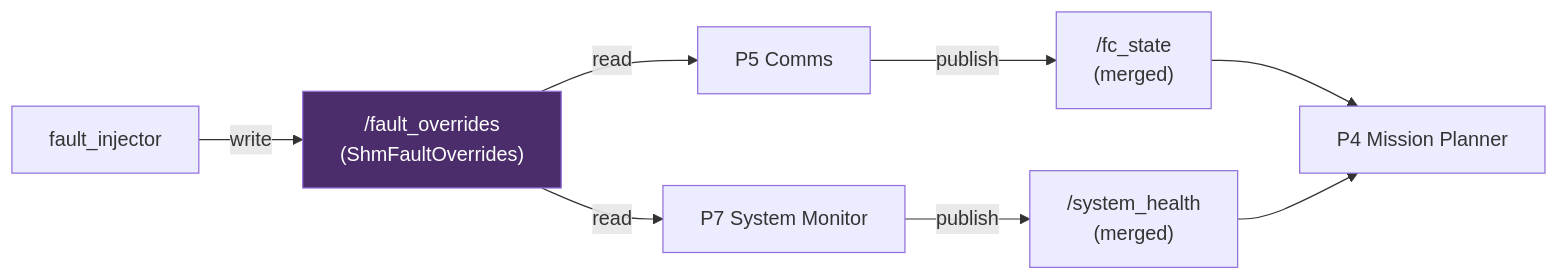
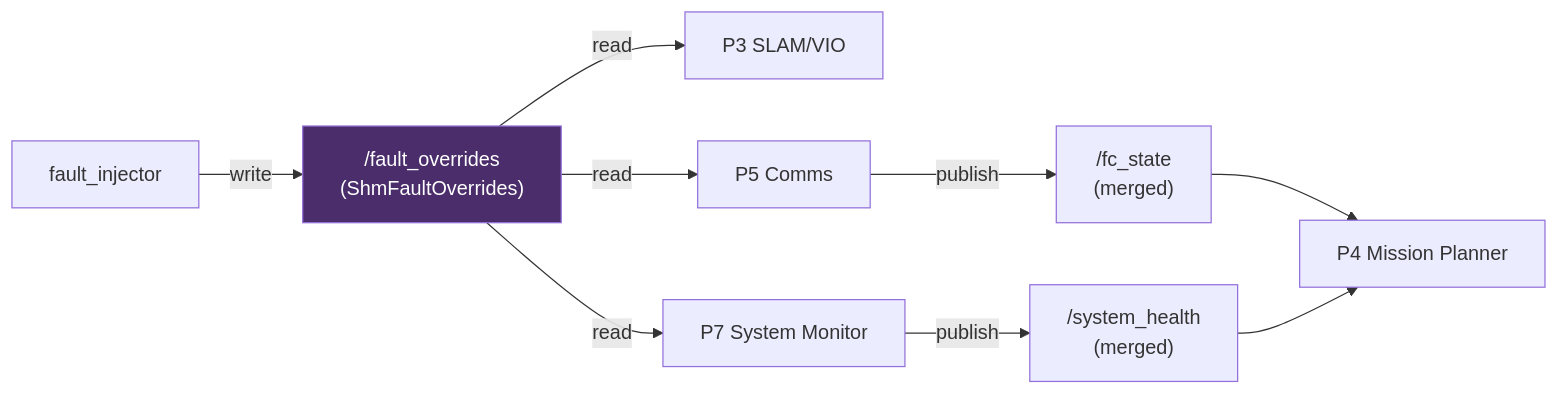
The second of 3 diagrams in docs/SIMULATION_ARCHITECTURE.md (nmohamaya/companion_software_stack), drawn with Mermaid before and after one commit. The commit also changed other lines of this file, not shown here.

First line of the commit message:
docs: update SIMULATION_ARCHITECTURE.md for VIO faults, scenario 16, and coverage gaps

````diff
--- a/docs/SIMULATION_ARCHITECTURE.md
+++ b/docs/SIMULATION_ARCHITECTURE.md
@@ -334,12 +337,13 @@
 ```mermaid
 flowchart LR
     FI[fault_injector] -->|write| FO["/fault_overrides<br/>(ShmFaultOverrides)"]
+    FO -->|read| P3[P3 SLAM/VIO]
     FO -->|read| P5[P5 Comms]
     FO -->|read| P7[P7 System Monitor]
     P5 -->|publish| FC["/fc_state<br/>(merged)"]
     P7 -->|publish| SH["/system_health<br/>(merged)"]
     FC --> P4[P4 Mission Planner]
     SH --> P4
 
     style FO fill:#4a2d6a,color:#fff
 ```
````
